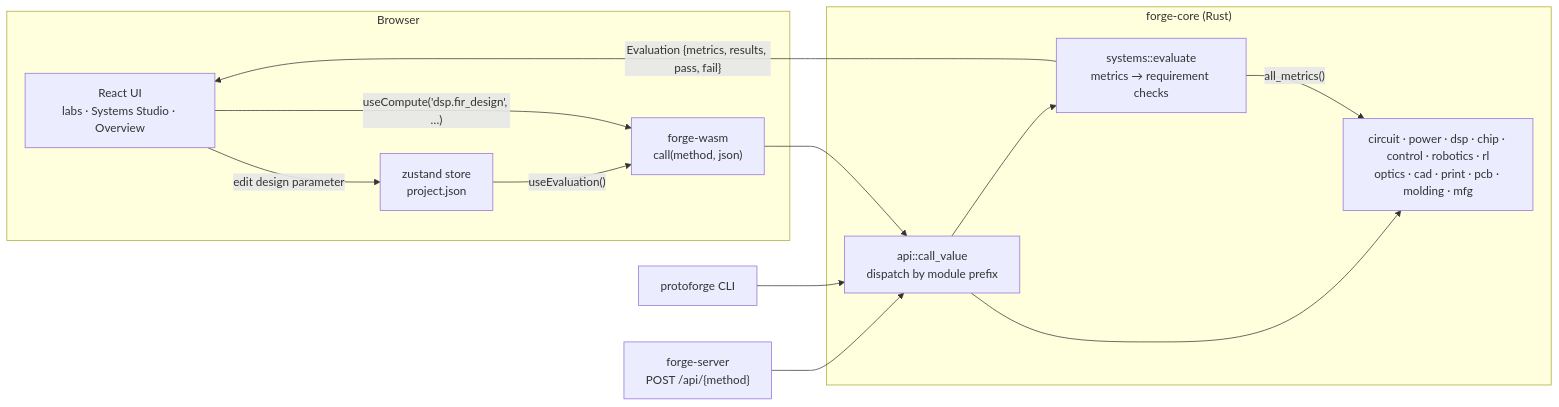
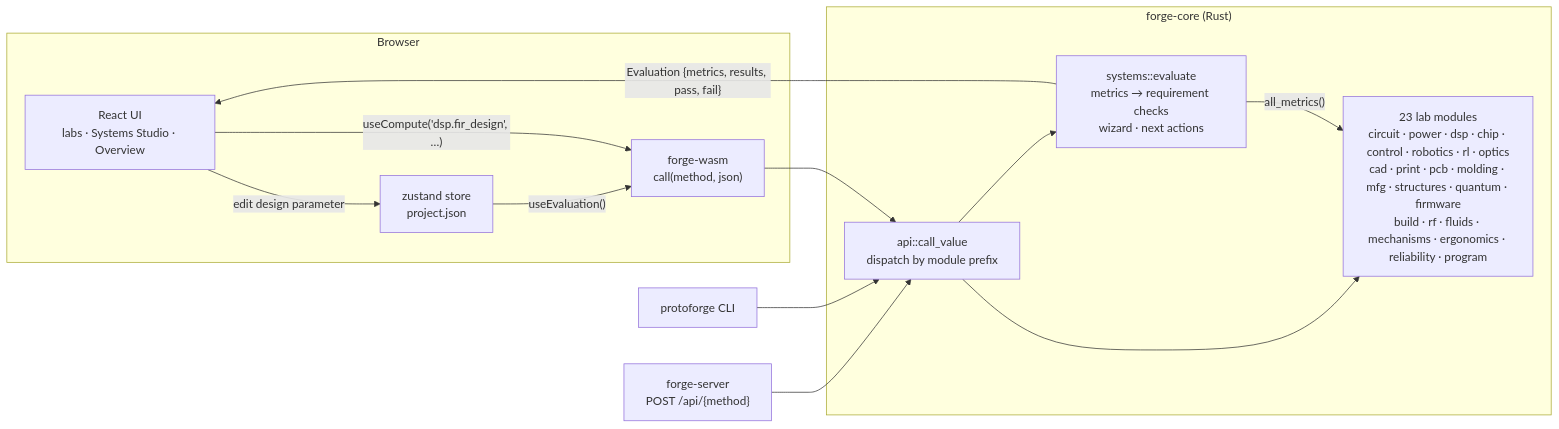
Before and after one commit to Normansrule/protoforge: the diagram in docs/architecture.md, drawn with Mermaid. The commit also changed other lines of this file and 27 other files, not shown here.

````diff
--- a/docs/architecture.md
+++ b/docs/architecture.md
@@ -43,25 +50,25 @@
 ```mermaid
 flowchart LR
   subgraph Browser
     UI["React UI<br/>labs · Systems Studio · Overview"]
     Store["zustand store<br/>project.json"]
     Bridge["forge-wasm<br/>call(method, json)"]
   end
   subgraph Engine["forge-core (Rust)"]
     API["api::call_value<br/>dispatch by module prefix"]
-    Mods["circuit · power · dsp · chip · control · robotics · rl<br/>optics · cad · print · pcb · molding · mfg"]
-    Sys["systems::evaluate<br/>metrics → requirement checks"]
+    Mods["23 lab modules<br/>circuit · power · dsp · chip · control · robotics · rl · optics<br/>cad · print · pcb · molding · mfg · structures · quantum · firmware<br/>build · rf · fluids · mechanisms · ergonomics · reliability · program"]
+    Sys["systems::evaluate<br/>metrics → requirement checks<br/>wizard · next actions"]
   end
   CLI["protoforge CLI"]
   REST["forge-server<br/>POST /api/{method}"]
   UI -- "edit design parameter" --> Store
   Store -- "useEvaluation()" --> Bridge
   UI -- "useCompute('dsp.fir_design', …)" --> Bridge
   Bridge --> API
   CLI --> API
   REST --> API
   API --> Mods
   API --> Sys
   Sys -- "all_metrics()" --> Mods
   Sys -- "Evaluation {metrics, results, pass, fail}" --> UI
 ```
````
